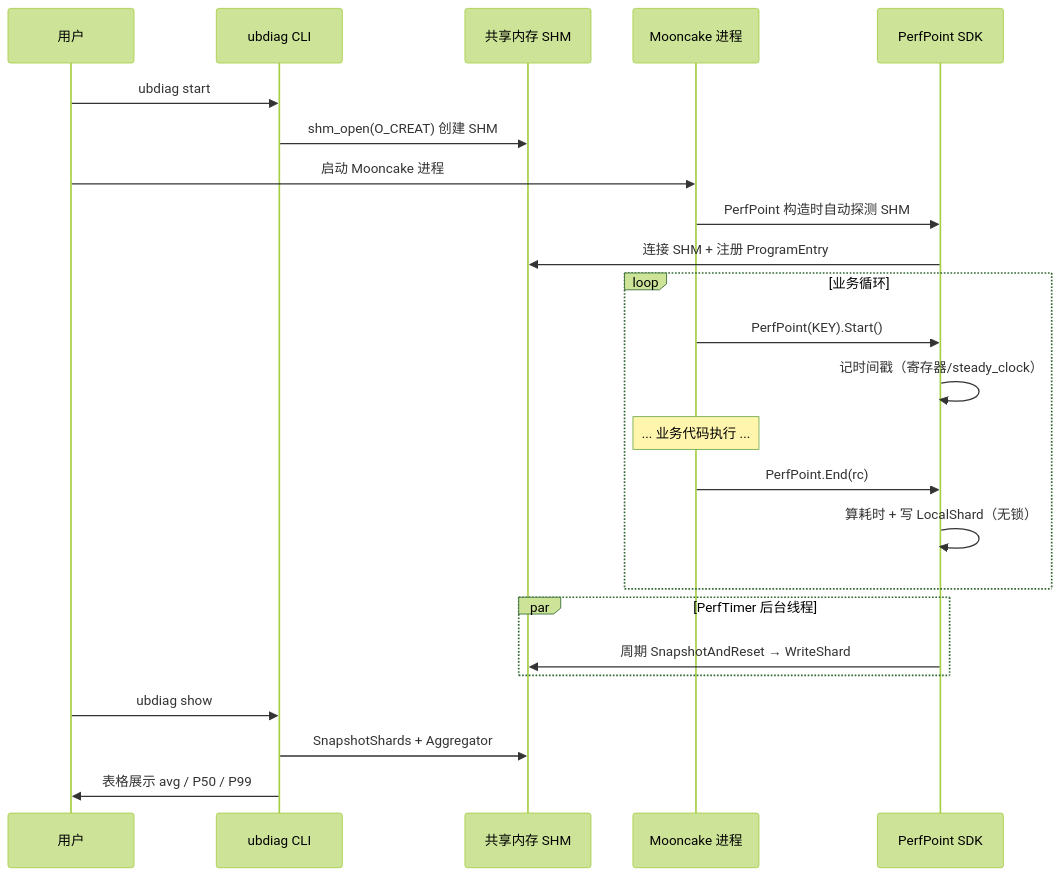
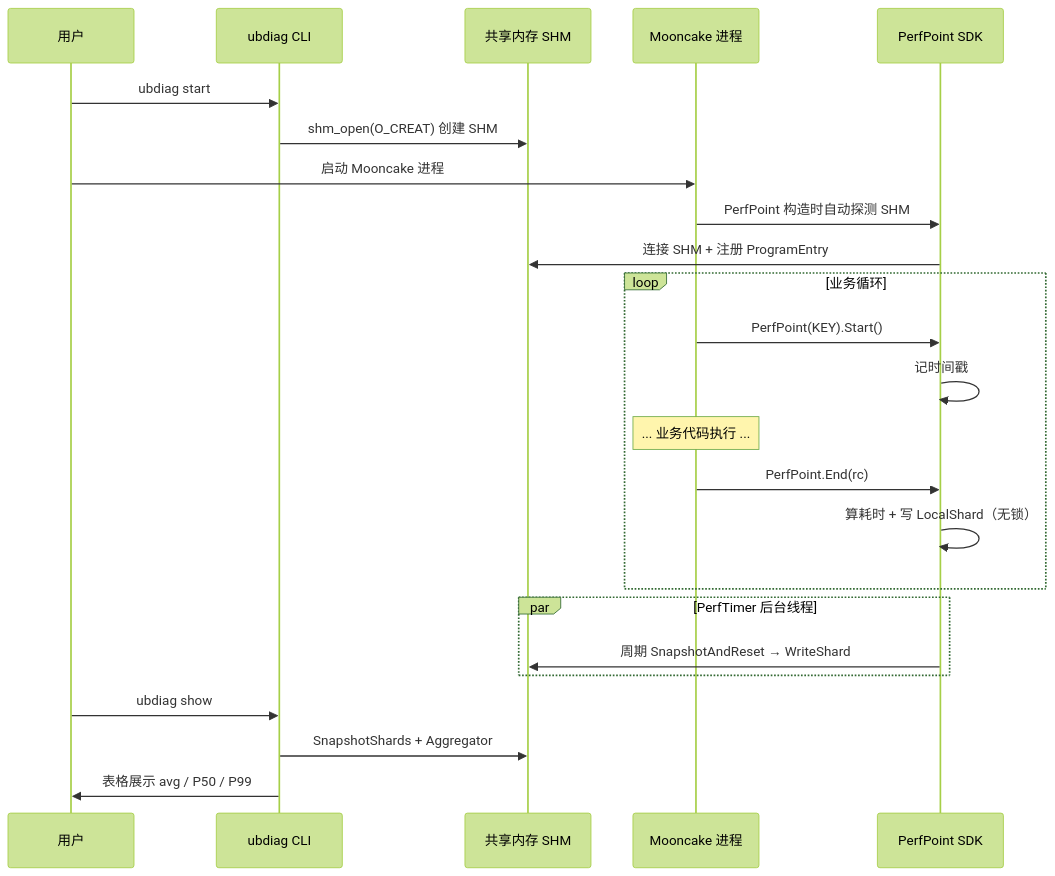
Before and after one commit to qinyufei63/Mooncake: the second of 2 diagrams in docs/ubdiag_mooncake_integration_v1.2.md, drawn with Mermaid (forest theme). The commit also changed other lines of this file, not shown here.

````diff
--- a/docs/ubdiag_mooncake_integration_v1.2.md
+++ b/docs/ubdiag_mooncake_integration_v1.2.md
@@ -72,31 +102,31 @@
 ```mermaid
 sequenceDiagram
     participant User as 用户
     participant CLI as ubdiag CLI
     participant SHM as 共享内存 SHM
     participant MC as Mooncake 进程
     participant SDK as PerfPoint SDK
 
     User->>CLI: ubdiag start
     CLI->>SHM: shm_open(O_CREAT) 创建 SHM
 
     User->>MC: 启动 Mooncake 进程
     MC->>SDK: PerfPoint 构造时自动探测 SHM
     SDK->>SHM: 连接 SHM + 注册 ProgramEntry
 
     loop 业务循环
         MC->>SDK: PerfPoint(KEY).Start()
-        SDK->>SDK: 记时间戳（寄存器/steady_clock）
+        SDK->>SDK: 记时间戳
         Note over MC: ... 业务代码执行 ...
         MC->>SDK: PerfPoint.End(rc)
         SDK->>SDK: 算耗时 + 写 LocalShard（无锁）
     end
 
     par PerfTimer 后台线程
         SDK->>SHM: 周期 SnapshotAndReset → WriteShard
     end
 
     User->>CLI: ubdiag show
     CLI->>SHM: SnapshotShards + Aggregator
     CLI->>User: 表格展示 avg / P50 / P99
 ```
````
